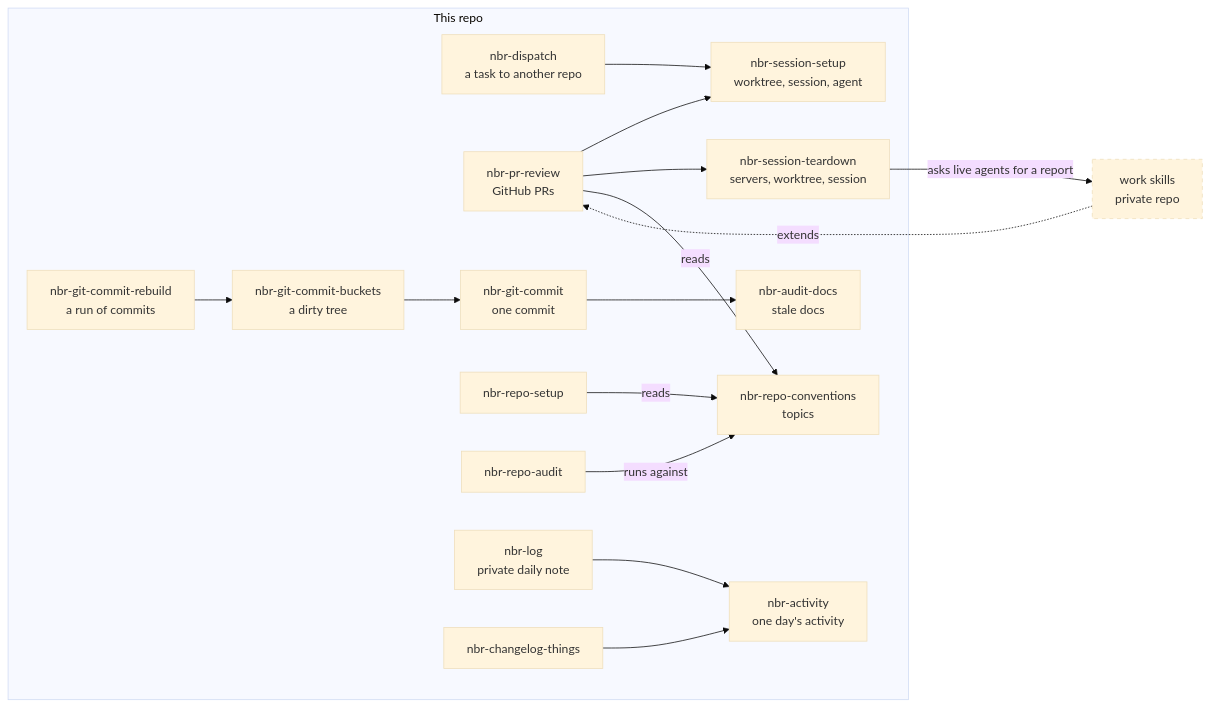
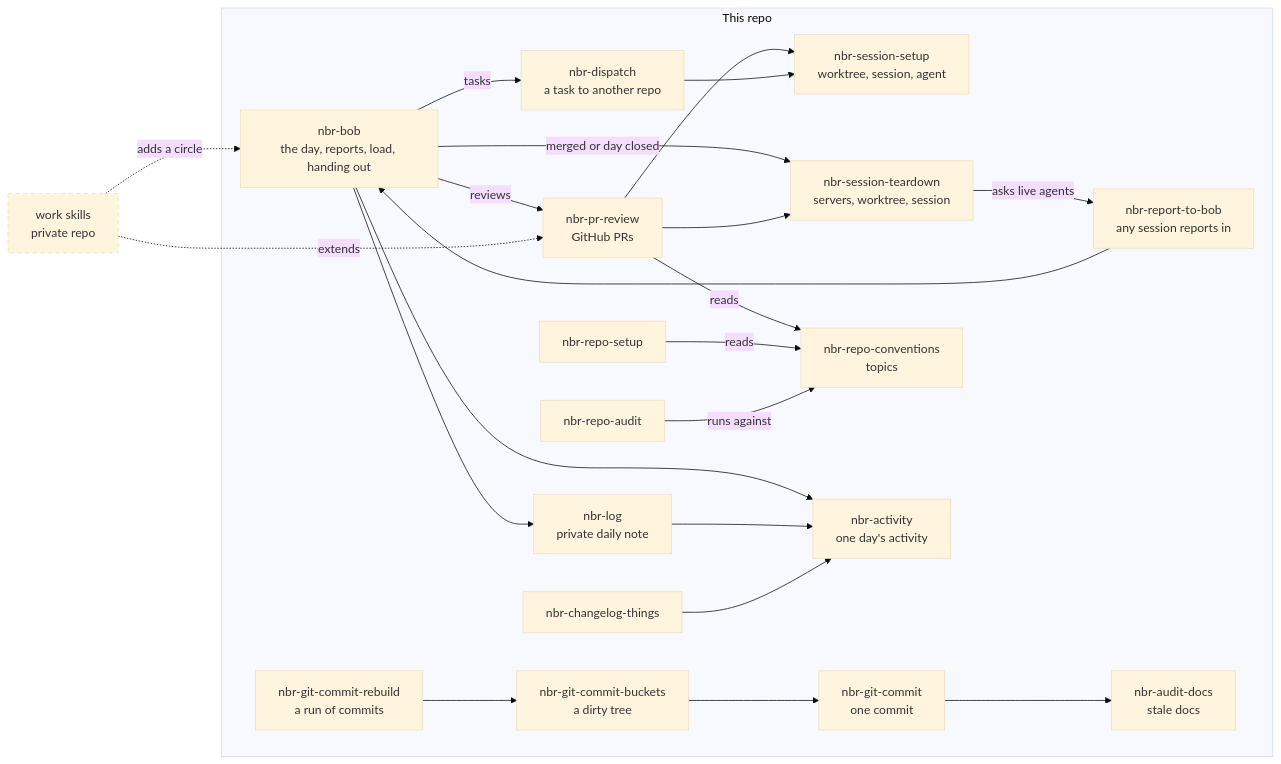
Before and after one commit to nikbrunner/skills: the diagram in README.md, drawn with Mermaid (base theme). The commit also changed other lines of this file, not shown here.

Commit message:
put nbr-bob at the centre of the README map

````diff
--- a/README.md
+++ b/README.md
@@ -58,33 +58,42 @@
 ```mermaid
 flowchart LR
   subgraph user["This repo"]
+    bob["nbr-bob<br/>the day, reports, load, handing out"]
+    report["nbr-report-to-bob<br/>any session reports in"]
     dispatch["nbr-dispatch<br/>a task to another repo"]
     review["nbr-pr-review<br/>GitHub PRs"]
     setup["nbr-session-setup<br/>worktree, session, agent"]
     teardown["nbr-session-teardown<br/>servers, worktree, session"]
     commit["nbr-git-commit<br/>one commit"]
     buckets["nbr-git-commit-buckets<br/>a dirty tree"]
     rebuild["nbr-git-commit-rebuild<br/>a run of commits"]
     audit["nbr-audit-docs<br/>stale docs"]
     conventions["nbr-repo-conventions<br/>topics"]
     rsetup["nbr-repo-setup"]
     raudit["nbr-repo-audit"]
     activity["nbr-activity<br/>one day's activity"]
     nlog["nbr-log<br/>private daily note"]
     things["nbr-changelog-things"]
   end
   work["work skills<br/>private repo"]
+  report --> bob
+  bob -- reviews --> review
+  bob -- tasks --> dispatch
+  bob -- merged or day closed --> teardown
+  bob --> nlog
+  bob --> activity
   work -. extends .-> review
+  work -. adds a circle .-> bob
   review --> setup
   review --> teardown
   dispatch --> setup
-  teardown -- asks live agents for a report --> work
+  teardown -- asks live agents --> report
   review -- reads --> conventions
   rebuild --> buckets --> commit --> audit
   rsetup -- reads --> conventions
   raudit -- runs against --> conventions
   nlog --> activity
   things --> activity
   classDef private stroke-dasharray: 5 5
   class work private
 ```
````
